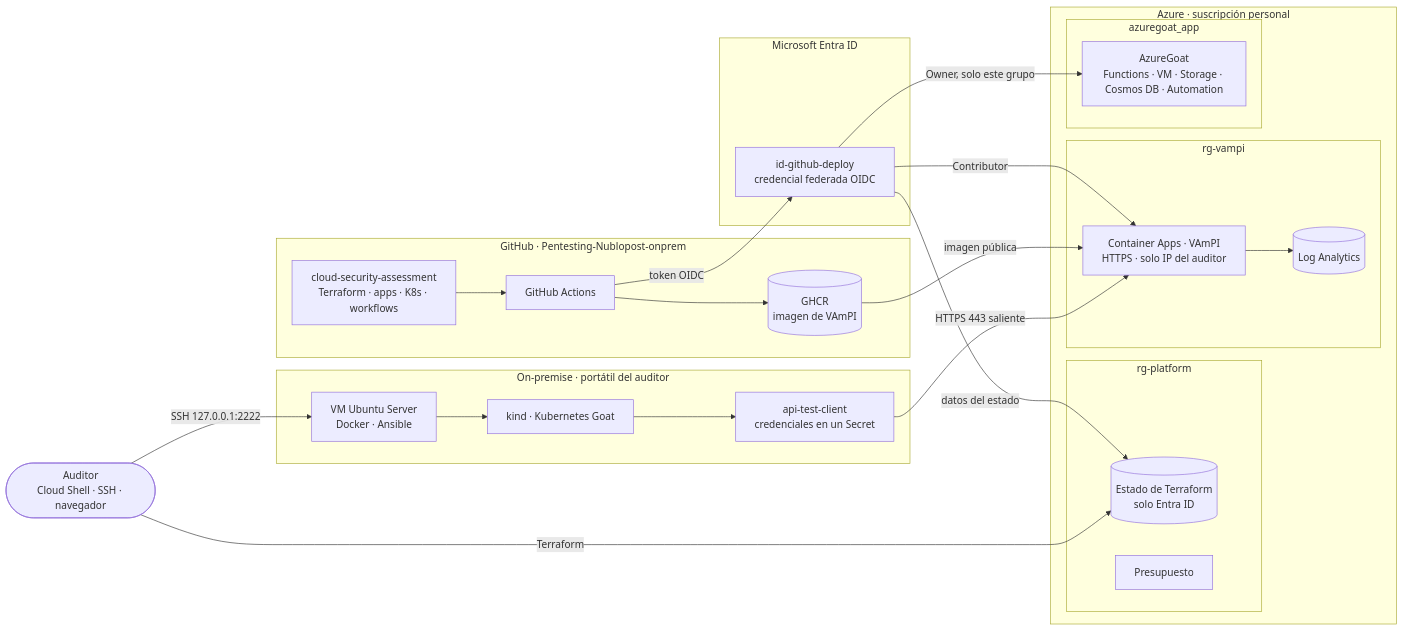
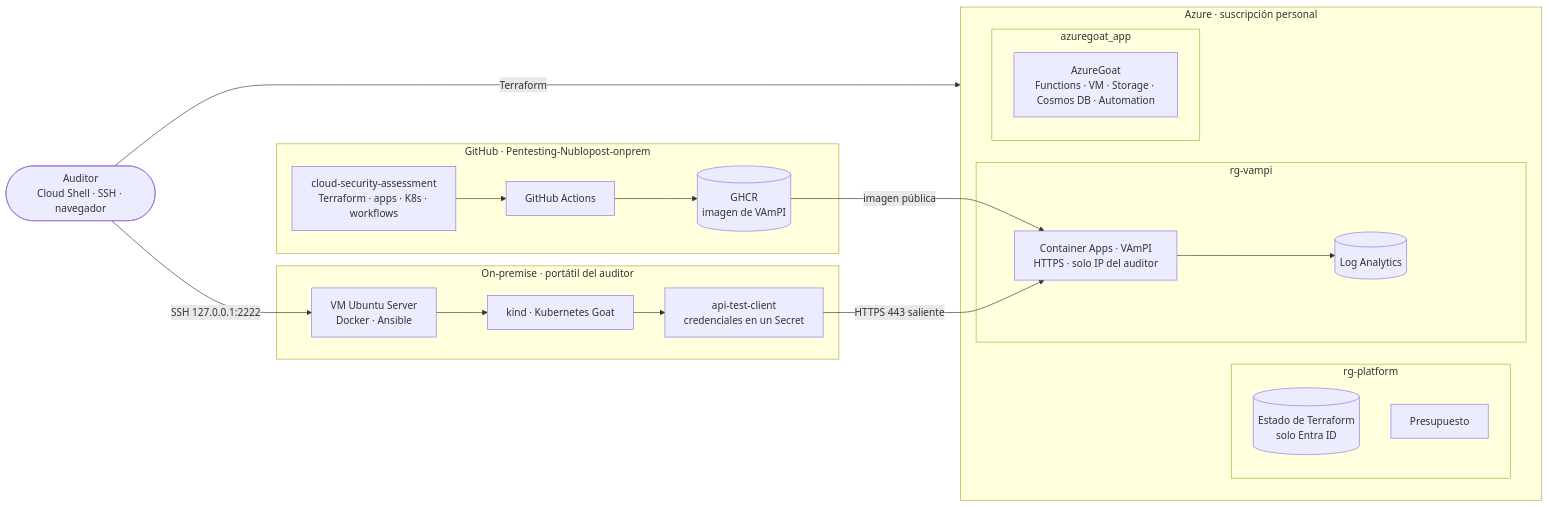
The diagram in architecture/architecture.md (Pentesting-Nublopost-onprem/cloud-security-assessment), drawn with Mermaid before and after one commit. The commit also changed other lines of this file and 4 other files, not shown here.

````diff
--- a/architecture/architecture.md
+++ b/architecture/architecture.md
@@ -7,46 +7,38 @@
 ```mermaid
 flowchart LR
   subgraph GH["GitHub · Pentesting-Nublopost-onprem"]
     REPO["cloud-security-assessment<br/>Terraform · apps · K8s · workflows"]
     ACT["GitHub Actions"]
     GHCR[("GHCR<br/>imagen de VAmPI")]
     REPO --> ACT --> GHCR
-  end
-
-  subgraph ENTRA["Microsoft Entra ID"]
-    ID["id-github-deploy<br/>credencial federada OIDC"]
   end
 
   subgraph AZ["Azure · suscripción personal"]
     subgraph PLAT["rg-platform"]
       ST[("Estado de Terraform<br/>solo Entra ID")]
       BUD["Presupuesto"]
     end
     subgraph VR["rg-vampi"]
       ACA["Container Apps · VAmPI<br/>HTTPS · solo IP del auditor"]
       LAW[("Log Analytics")]
     end
     subgraph AGR["azuregoat_app"]
       AG["AzureGoat<br/>Functions · VM · Storage · Cosmos DB · Automation"]
     end
   end
 
   subgraph ONP["On-premise · portátil del auditor"]
     VM["VM Ubuntu Server<br/>Docker · Ansible"]
     K8S["kind · Kubernetes Goat"]
     CLI["api-test-client<br/>credenciales en un Secret"]
     VM --> K8S --> CLI
   end
 
   OP(["Auditor<br/>Cloud Shell · SSH · navegador"])
 
-  ACT -- "token OIDC" --> ID
-  ID -- "Contributor" --> ACA
-  ID -- "Owner, solo este grupo" --> AG
-  ID -- "datos del estado" --> ST
   GHCR -- "imagen pública" --> ACA
   CLI -- "HTTPS 443 saliente" --> ACA
   ACA --> LAW
-  OP -- "Terraform" --> ST
+  OP -- "Terraform" --> AZ
   OP -- "SSH 127.0.0.1:2222" --> VM
 ```
````
